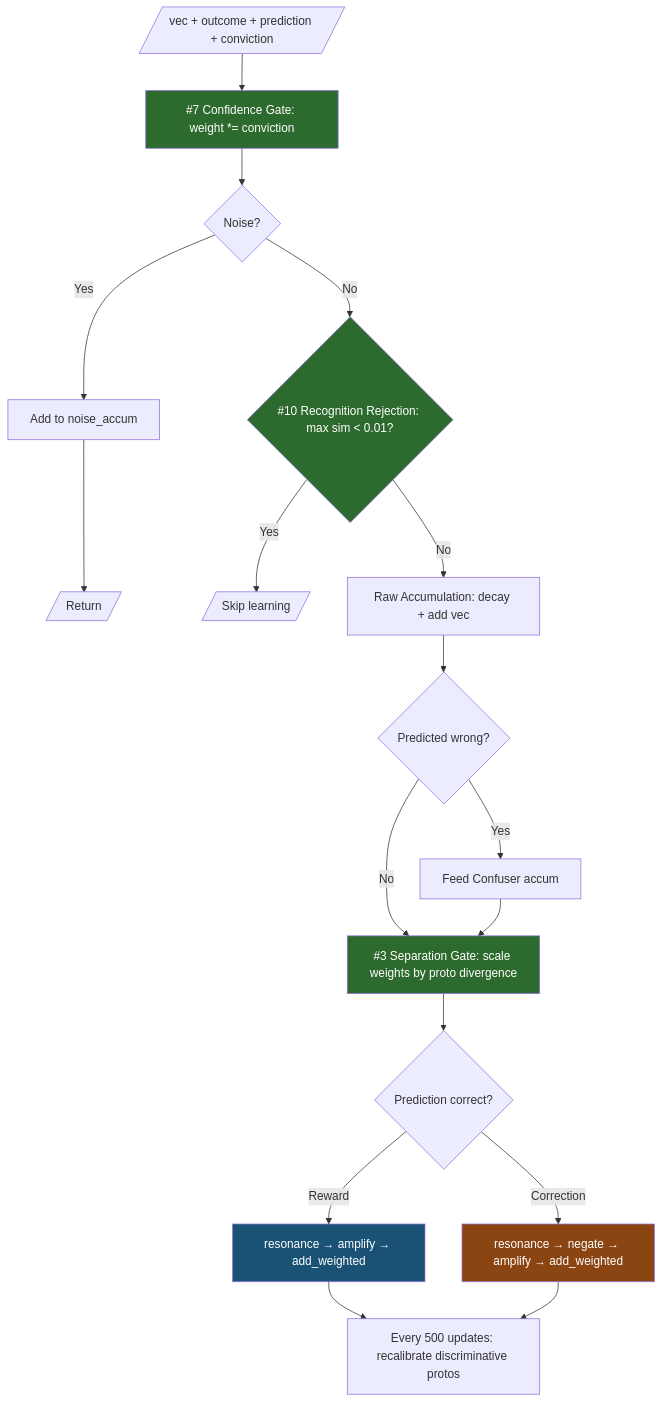
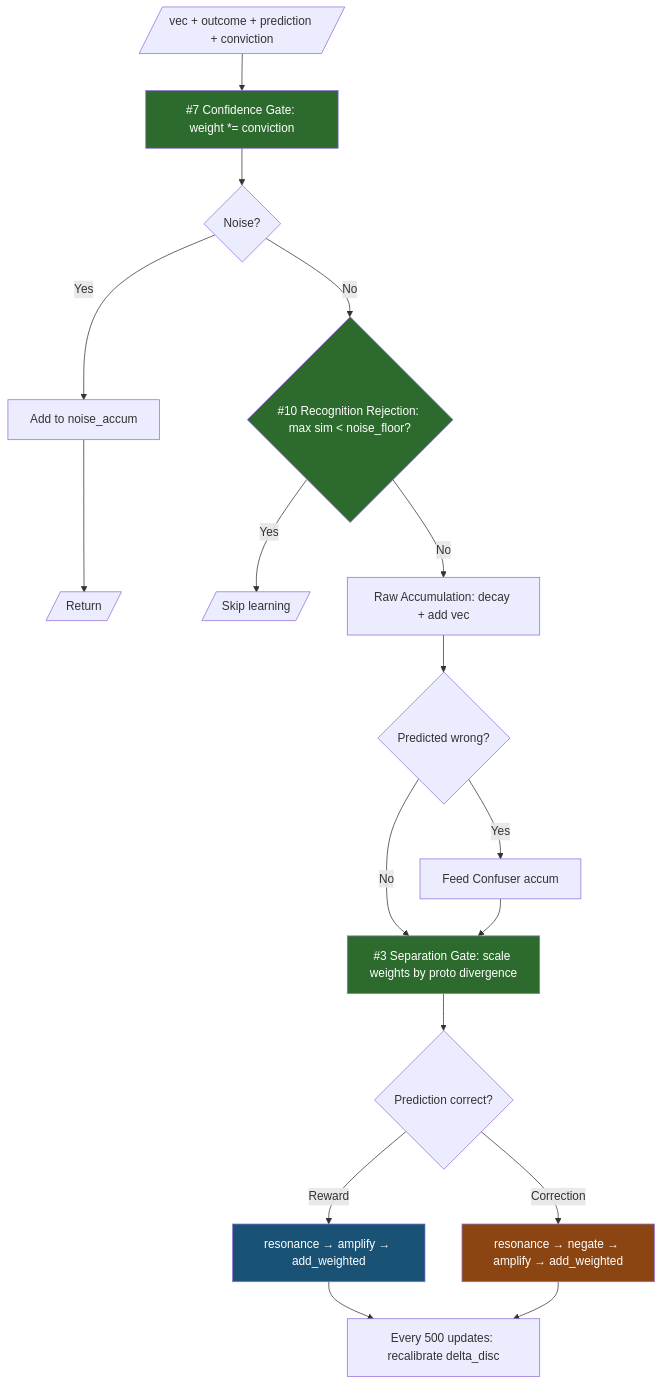
One commit to watmin/holon-lab-trading changed the second of 4 diagrams in EXPERIMENT_LOG.md. Above: the diagram before and after it, drawn with Mermaid. The commit also changed other lines of this file and 1 other file, not shown here.

First line of the commit message:
docs: update experiment log and next moves for delta discriminant era

````diff
--- a/EXPERIMENT_LOG.md
+++ b/EXPERIMENT_LOG.md
@@ -46,24 +84,24 @@
 ```mermaid
 flowchart TD
     INPUT[/"vec + outcome + prediction + conviction"/] --> CG["#7 Confidence Gate: weight *= conviction"]
     CG --> NOISE{"Noise?"}
     NOISE -->|Yes| NA["Add to noise_accum"] --> DONE[/"Return"/]
-    NOISE -->|No| RR{"#10 Recognition Rejection: max sim < 0.01?"}
+    NOISE -->|No| RR{"#10 Recognition Rejection: max sim < noise_floor?"}
     RR -->|Yes| SKIP[/"Skip learning"/]
     RR -->|No| RAW["Raw Accumulation: decay + add vec"]
     RAW --> WRONG{"Predicted wrong?"}
     WRONG -->|Yes| FEED["Feed Confuser accum"]
     WRONG -->|No| GATE
     FEED --> GATE
     GATE["#3 Separation Gate: scale weights by proto divergence"] --> MATCH{"Prediction correct?"}
     MATCH -->|Reward| REWARD["resonance → amplify → add_weighted"]
     MATCH -->|Correction| CORRECT["resonance → negate → amplify → add_weighted"]
-    REWARD --> RECAL["Every 500 updates: recalibrate discriminative protos"]
+    REWARD --> RECAL["Every 500 updates: recalibrate delta_disc"]
     CORRECT --> RECAL
 
     style CG fill:#2d6a2d,color:#fff
     style RR fill:#2d6a2d,color:#fff
     style GATE fill:#2d6a2d,color:#fff
     style CORRECT fill:#8b4513,color:#fff
     style REWARD fill:#1a5276,color:#fff
 ```
````
